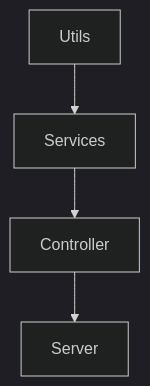
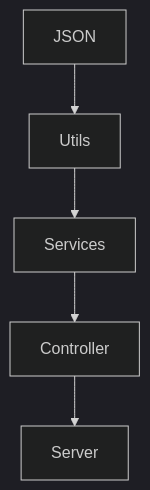
Before and after one commit to HabacucSoto/visual-thinking-api: the diagram in README.md, drawn with Mermaid (dark theme).

````diff
--- a/README.md
+++ b/README.md
@@ -22,6 +22,6 @@
 ```mermaid
 graph TD;
-    Utils-->Services;
+    JSON-->Utils-->Services;
     Services-->Controller;
     Controller-->Server;
 ```
````
